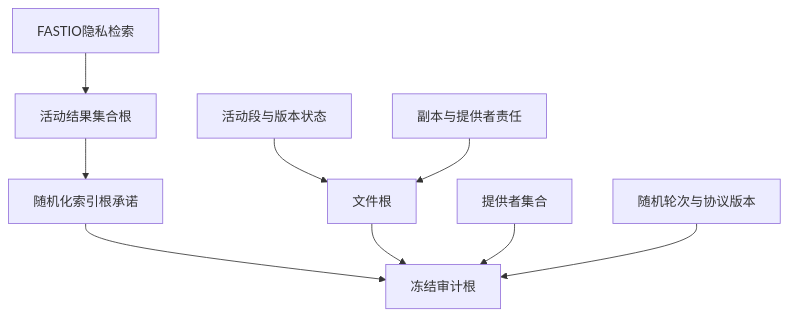
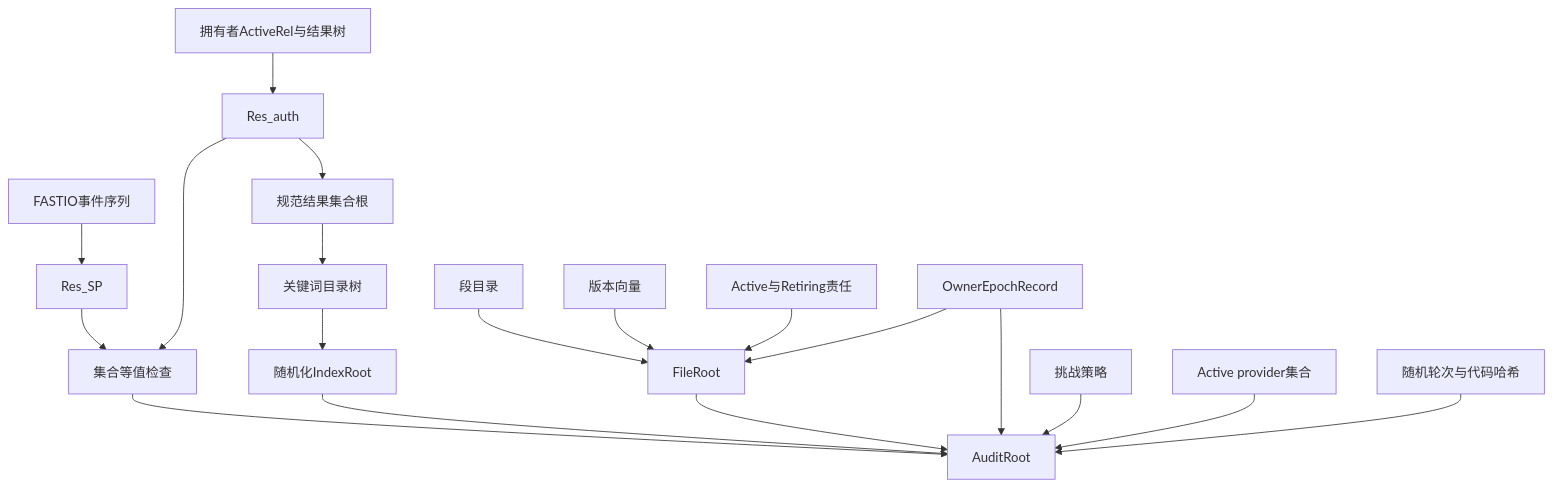
One commit to prelearn-code/PaperNotes changed the first of 5 diagrams in 06_MyPaper/Search_Audit/paper_cn.md. Above: the diagram before and after it, drawn with Mermaid. The commit also changed other lines of this file and 5 other files, not shown here.

````diff
--- a/06_MyPaper/Search_Audit/paper_cn.md
+++ b/06_MyPaper/Search_Audit/paper_cn.md
@@ -332,11 +536,23 @@
 ```mermaid
 flowchart TB
-    DSSE[FASTIO隐私检索] --> RS[活动结果集合根]
-    RS --> IR[随机化索引根承诺]
-    SR[活动段与版本状态] --> FR[文件根]
-    RR[副本与提供者责任] --> FR
-    IR --> AR[冻结审计根]
-    FR --> AR
-    PS[提供者集合] --> AR
-    BR[随机轮次与协议版本] --> AR
+    FDSSE[FASTIO事件序列] --> RSP[Res_SP]
+    AUTH[拥有者ActiveRel与结果树] --> RAUTH[Res_auth]
+    RSP --> EQ[集合等值检查]
+    RAUTH --> EQ
+    RAUTH --> CSMT[规范结果集合根]
+    CSMT --> DIR[关键词目录树]
+    DIR --> IDX[随机化IndexRoot]
+
+    SEG[段目录] --> FILE[FileRoot]
+    VER[版本向量] --> FILE
+    REP[Active与Retiring责任] --> FILE
+    OER[OwnerEpochRecord] --> FILE
+
+    EQ --> AUDIT[AuditRoot]
+    IDX --> AUDIT
+    FILE --> AUDIT
+    OER --> AUDIT
+    POLICY[挑战策略] --> AUDIT
+    PROVIDER[Active provider集合] --> AUDIT
+    ROUND[随机轮次与代码哈希] --> AUDIT
 ```
````
